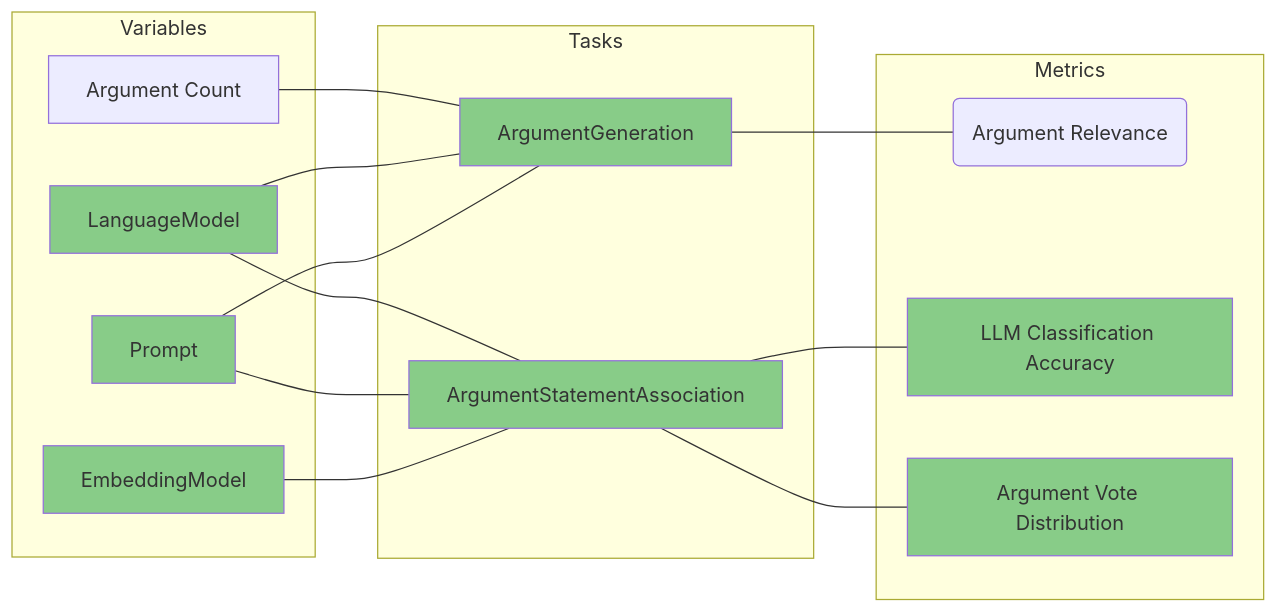
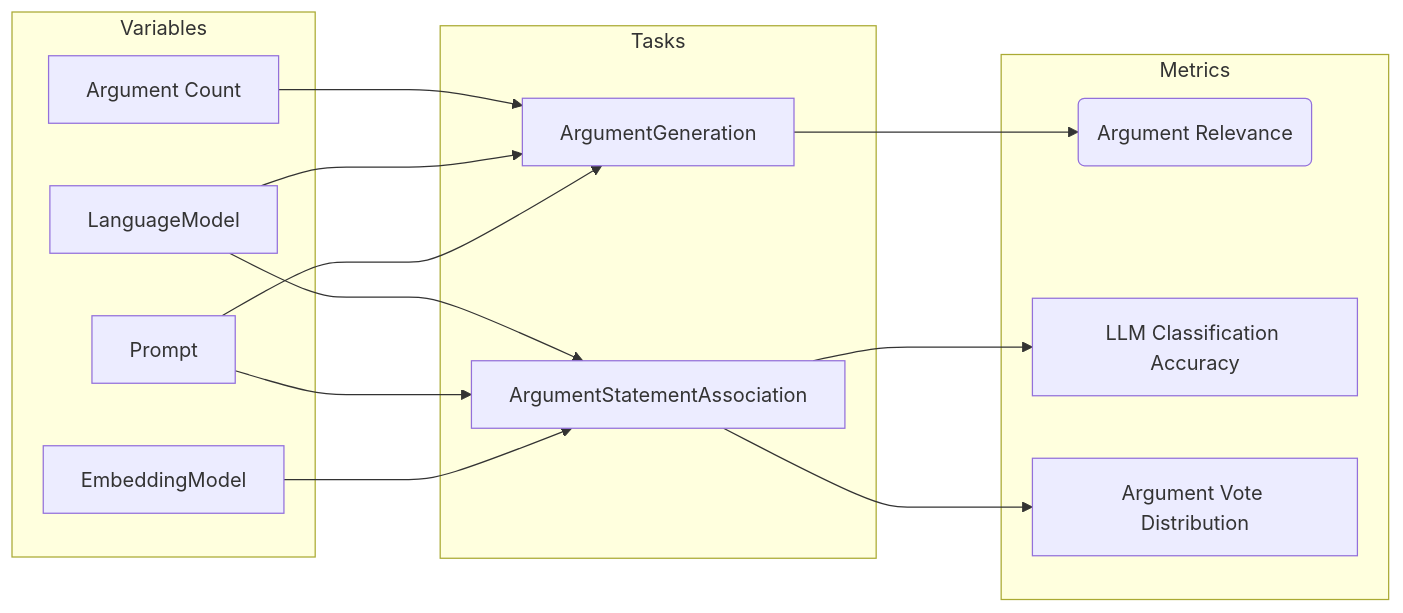
Before and after one commit to aadityabhatia/polis-argmap: the diagram in docs/experiment3.mmd, drawn with Mermaid. The commit also changed 30 other files, not shown here.

```diff
--- a/docs/experiment3.mmd
+++ b/docs/experiment3.mmd
@@ -1,27 +1,25 @@
 flowchart LR
 
     subgraph Metrics
         ArgumentRelevance(Argument Relevance)
         LLMClassificationAccuracy[LLM Classification Accuracy]:::selected
         ArgumentVoteDistribution[Argument Vote Distribution]:::selected
     end
 
     subgraph Tasks
         ArgumentGeneration:::selected
         ArgumentStatementAssociation:::selected
-        ArgumentGeneration --- ArgumentRelevance
-        ArgumentStatementAssociation --- LLMClassificationAccuracy & ArgumentVoteDistribution
+        ArgumentGeneration ---> ArgumentRelevance
+        ArgumentStatementAssociation ---> LLMClassificationAccuracy & ArgumentVoteDistribution
     end
 
     subgraph Variables
         LanguageModel:::selected
         Prompt:::selected
         EmbeddingModel:::selected
 
-        ArgumentCount[Argument Count] --- ArgumentGeneration
-        LanguageModel --- ArgumentGeneration & ArgumentStatementAssociation
-        Prompt --- ArgumentGeneration & ArgumentStatementAssociation
-        EmbeddingModel --- ArgumentStatementAssociation
+        ArgumentCount[Argument Count] ---> ArgumentGeneration
+        LanguageModel ---> ArgumentGeneration & ArgumentStatementAssociation
+        Prompt ---> ArgumentGeneration & ArgumentStatementAssociation
+        EmbeddingModel ---> ArgumentStatementAssociation
     end
-
-    classDef selected fill:#8c8
```
